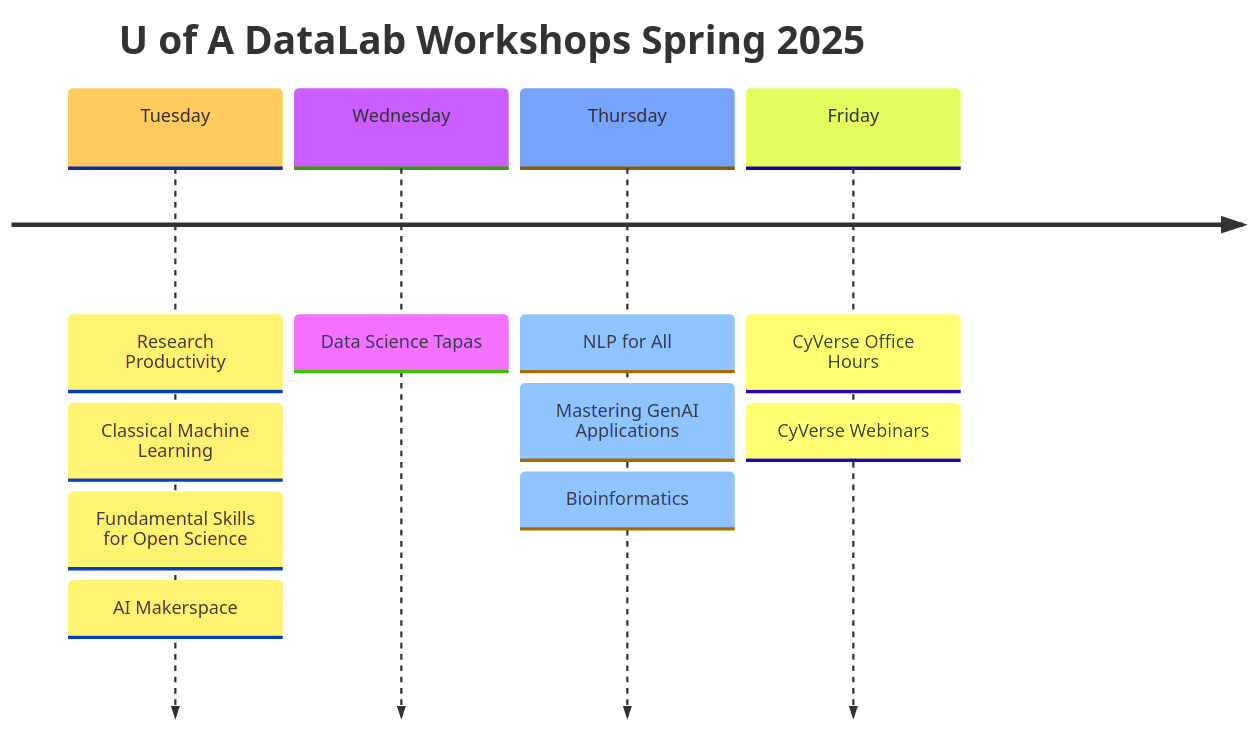
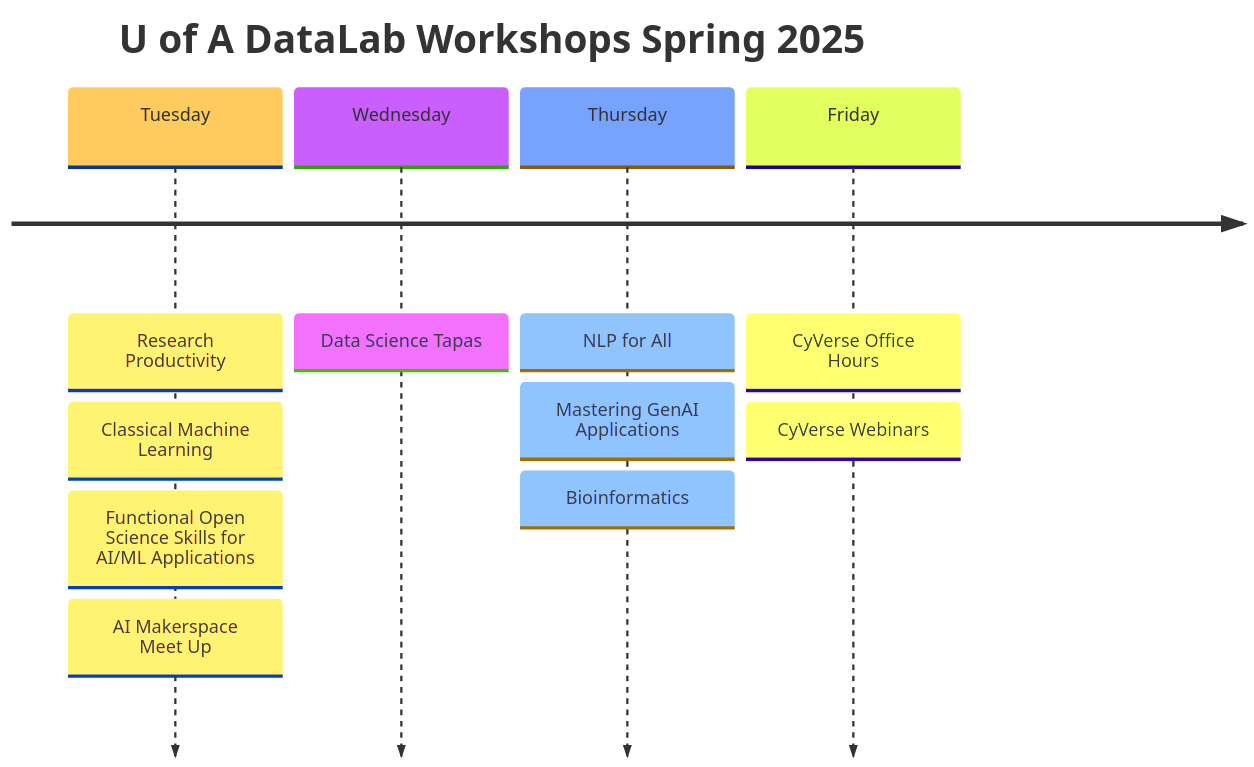
The diagram in docs/index.md (ua-datalab/ua-datalab.github.io), drawn with Mermaid before and after one commit.

````diff
--- a/docs/index.md
+++ b/docs/index.md
@@ -29,15 +29,15 @@
 ```mermaid
 %%{init: { 'logLevel': 'debug', 'theme': 'base' } }%%
 timeline
     title U of A DataLab Workshops Spring 2025
     Tuesday : Research Productivity
     	    : Classical Machine Learning
-	    : Fundamental Skills for Open Science
-	    : AI Makerspace 
+	    : Functional Open Science Skills for AI/ML Applications
+	    : AI Makerspace Meet Up
     Wednesday : Data Science Tapas
     Thursday : NLP for All
     	     : Mastering GenAI Applications
     	     : Bioinformatics
     Friday : CyVerse Office Hours
     	   : CyVerse Webinars
 ```
````
